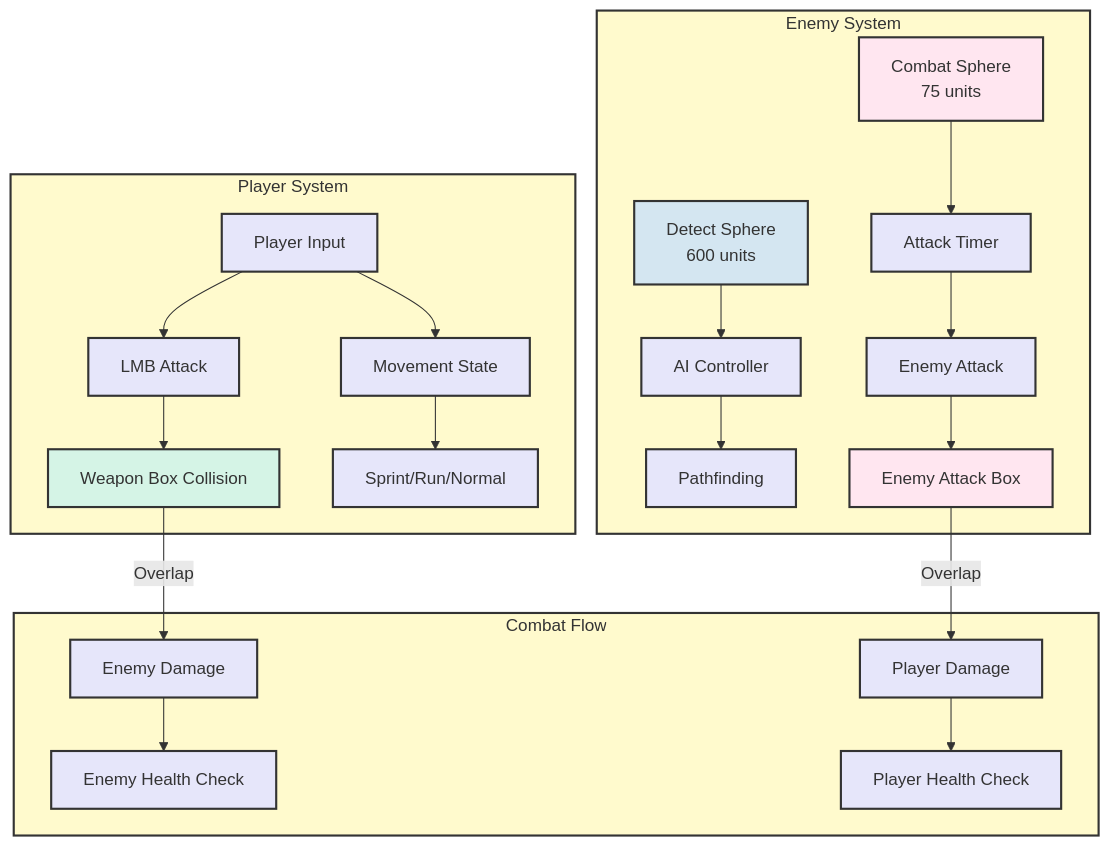
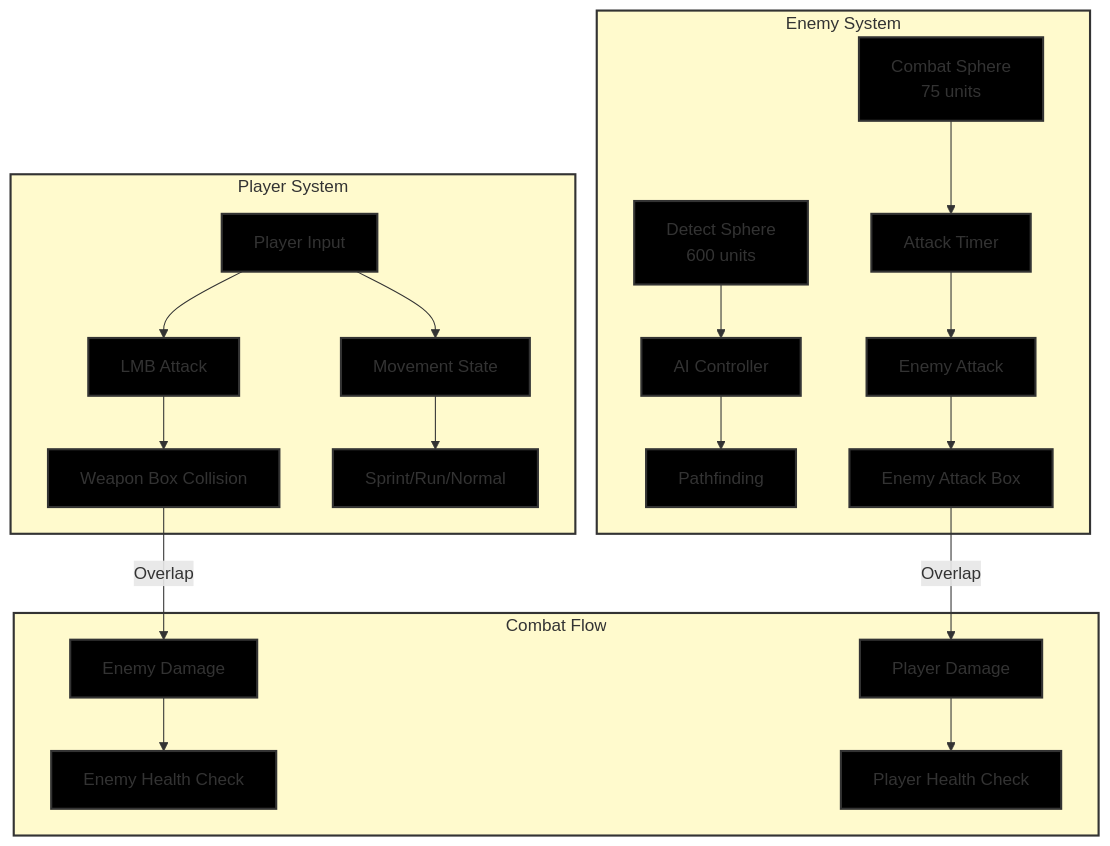
One commit to Sayan11071998/Monster-Kingdom changed the diagram in README.md. Above: the diagram before and after it, drawn with Mermaid.

````diff
--- a/README.md
+++ b/README.md
@@ -15,59 +15,59 @@
 ```mermaid
 flowchart TD
     subgraph PlayerSystem["Player System"]
         PlayerInput[Player Input]
         LMBAttack[LMB Attack]
         MovementState[Movement State]
         WeaponBoxCollision[Weapon Box Collision]
         SprintRunNormal[Sprint/Run/Normal]
         
         PlayerInput --> LMBAttack
         PlayerInput --> MovementState
         LMBAttack --> WeaponBoxCollision
         MovementState --> SprintRunNormal
     end
     
     subgraph EnemySystem["Enemy System"]
         CombatSphere[Combat Sphere<br/>75 units]
         DetectSphere[Detect Sphere<br/>600 units]
         AttackTimer[Attack Timer]
         AIController[AI Controller]
         EnemyAttack[Enemy Attack]
         Pathfinding[Pathfinding]
         EnemyAttackBox[Enemy Attack Box]
         
         CombatSphere --> AttackTimer
         DetectSphere --> AIController
         AIController --> Pathfinding
         AttackTimer --> EnemyAttack
         EnemyAttack --> EnemyAttackBox
     end
     
     subgraph CombatFlow["Combat Flow"]
         EnemyDamage[Enemy Damage]
         EnemyHealthCheck[Enemy Health Check]
         PlayerDamage[Player Damage]
         PlayerHealthCheck[Player Health Check]
         
         EnemyDamage --> EnemyHealthCheck
         PlayerDamage --> PlayerHealthCheck
     end
     
     WeaponBoxCollision -->|Overlap| EnemyDamage
     EnemyAttackBox -->|Overlap| PlayerDamage
     
-    classDef pinkStyle fill:#FFE6F0,stroke:#333,stroke-width:2px
-    classDef purpleStyle fill:#E6E6FA,stroke:#333,stroke-width:2px
-    classDef blueStyle fill:#D4E6F1,stroke:#333,stroke-width:2px
-    classDef greenStyle fill:#D5F4E6,stroke:#333,stroke-width:2px
-    classDef yellowBg fill:#FFFACD,stroke:#333,stroke-width:2px
+    classDef pinkStyle fill:#000000,stroke:#333,stroke-width:2px
+    classDef purpleStyle fill:#000000,stroke:#333,stroke-width:2px
+    classDef blueStyle fill:#000000,stroke:#333,stroke-width:2px
+    classDef greenStyle fill:#000000,stroke:#333,stroke-width:2px
+    classDef yellowBg fill:#000000,stroke:#333,stroke-width:2px
     
     class CombatSphere,EnemyAttackBox pinkStyle
     class PlayerInput,LMBAttack,MovementState,SprintRunNormal,AttackTimer,EnemyAttack,AIController,Pathfinding,EnemyDamage,EnemyHealthCheck,PlayerDamage,PlayerHealthCheck purpleStyle
     class DetectSphere blueStyle
     class WeaponBoxCollision greenStyle
     
     style PlayerSystem fill:#FFFACD,stroke:#333,stroke-width:2px
     style EnemySystem fill:#FFFACD,stroke:#333,stroke-width:2px
     style CombatFlow fill:#FFFACD,stroke:#333,stroke-width:2px
 ```
````
